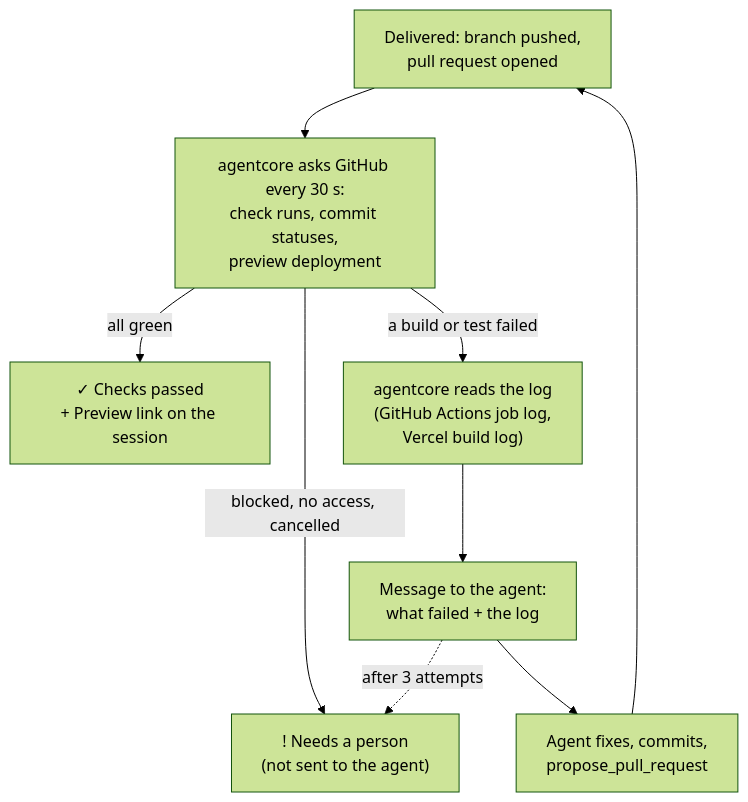
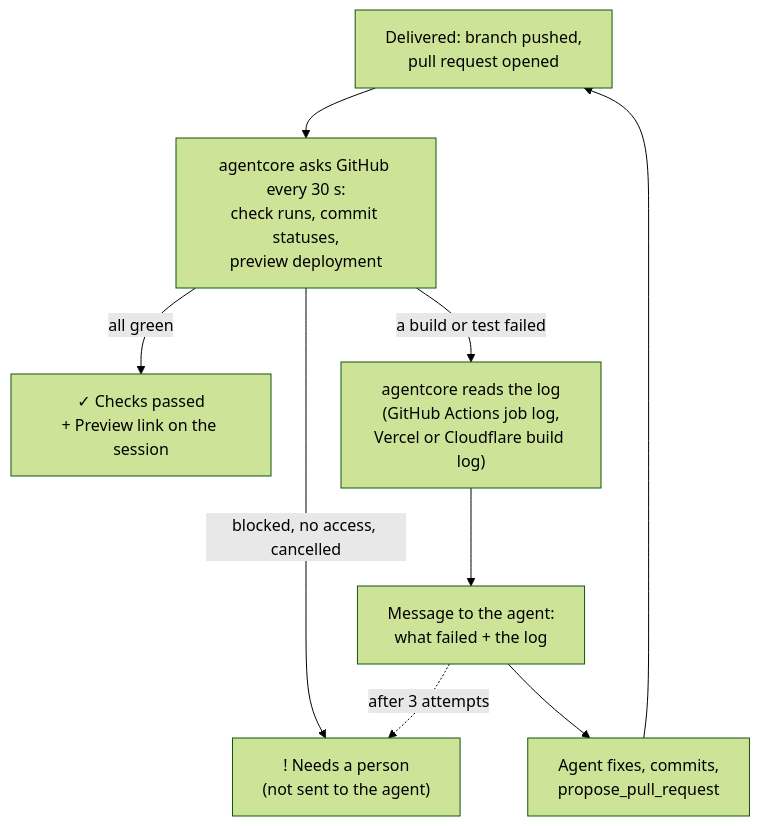
The fourth of 5 diagrams in docs/WAYS_OF_WORKING.md (Jaelse/agentcore), drawn with Mermaid (forest theme) before and after one commit. The commit also changed other lines of this file and 34 other files, not shown here.

````diff
--- a/docs/WAYS_OF_WORKING.md
+++ b/docs/WAYS_OF_WORKING.md
@@ -207,10 +213,10 @@
 ```mermaid
 flowchart TB
     D["Delivered: branch pushed,<br/>pull request opened"] --> W["agentcore asks GitHub every 30 s:<br/>check runs, commit statuses,<br/>preview deployment"]
     W -->|"all green"| P["✓ Checks passed<br/>+ Preview link on the session"]
-    W -->|"a build or test failed"| L["agentcore reads the log<br/>(GitHub Actions job log,<br/>Vercel build log)"]
+    W -->|"a build or test failed"| L["agentcore reads the log<br/>(GitHub Actions job log,<br/>Vercel or Cloudflare build log)"]
     L --> A["Message to the agent:<br/>what failed + the log"]
     A --> F["Agent fixes, commits,<br/>propose_pull_request"] --> D
     W -->|"blocked, no access, cancelled"| H["! Needs a person<br/>(not sent to the agent)"]
     A -.->|"after 3 attempts"| H
 ```
````
